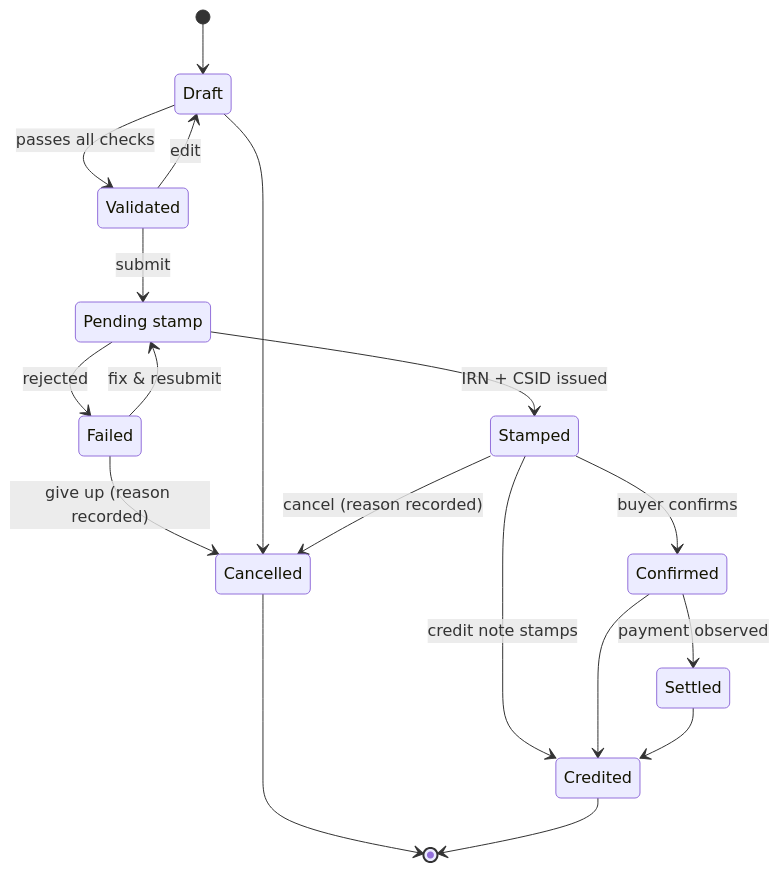
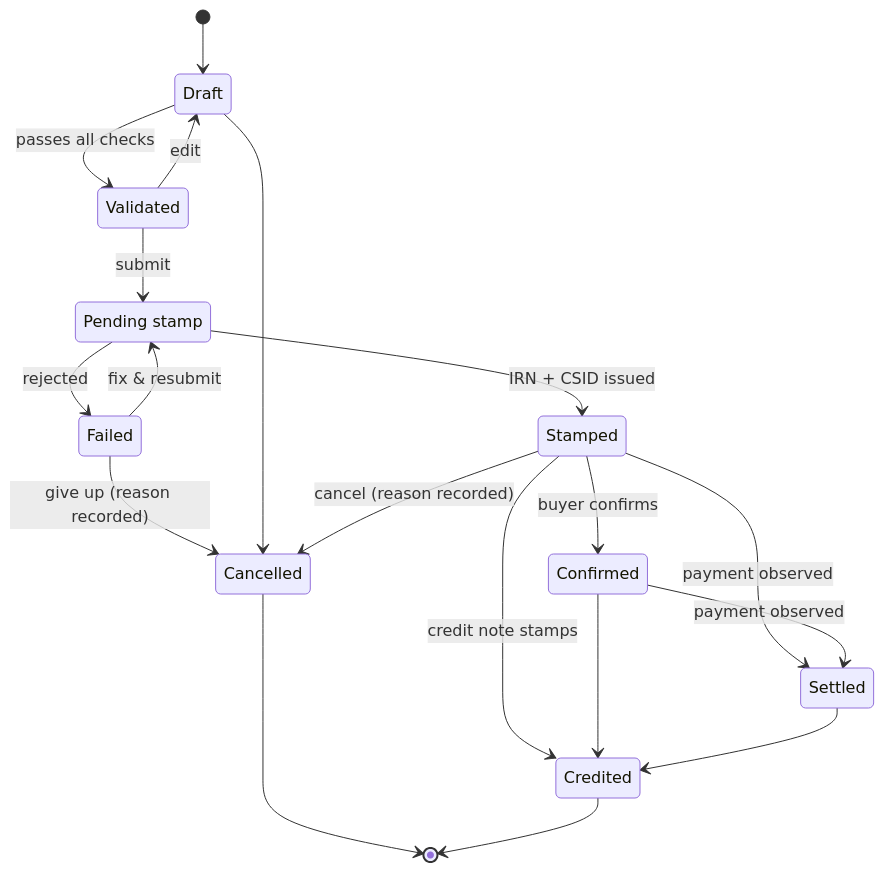
The diagram in docs/USER_MANUAL.md (obeidpeter/Meridian-IQ), drawn with Mermaid before and after one commit. The commit also changed other lines of this file and 5 other files, not shown here.

````diff
--- a/docs/USER_MANUAL.md
+++ b/docs/USER_MANUAL.md
@@ -1090,21 +1188,22 @@
 ```mermaid
 stateDiagram-v2
     Pending: Pending stamp
     [*] --> Draft
     Draft --> Validated: passes all checks
     Validated --> Draft: edit
     Validated --> Pending: submit
     Pending --> Stamped: IRN + CSID issued
     Pending --> Failed: rejected
     Failed --> Pending: fix & resubmit
     Failed --> Cancelled: give up (reason recorded)
     Draft --> Cancelled
     Stamped --> Confirmed: buyer confirms
     Stamped --> Cancelled: cancel (reason recorded)
     Stamped --> Credited: credit note stamps
+    Stamped --> Settled: payment observed
     Confirmed --> Settled: payment observed
     Confirmed --> Credited
     Settled --> Credited
     Cancelled --> [*]
     Credited --> [*]
 ```
````
